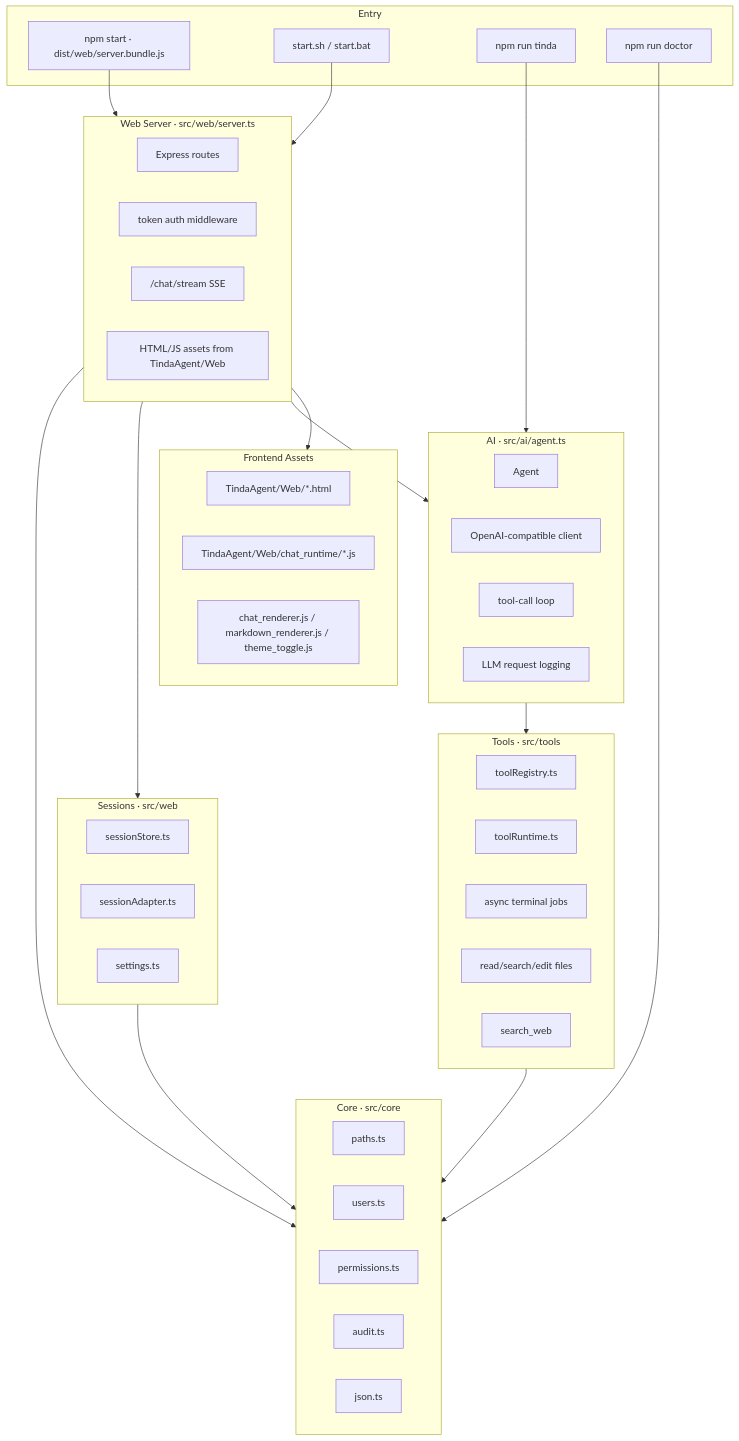
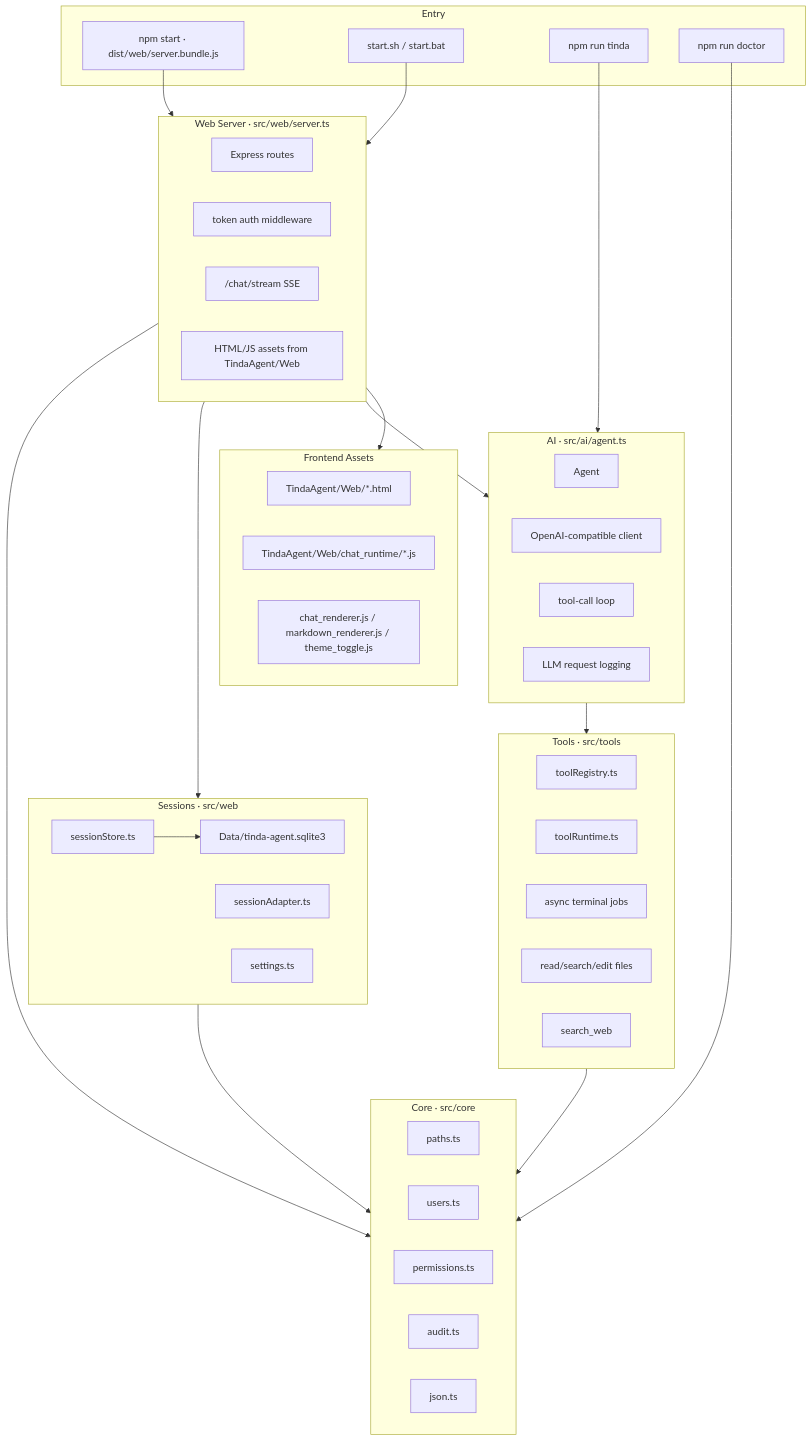
One commit to TindaMe/TindaAgent changed the diagram in release/source/TindaAgent/docs/architecture.md. Above: the diagram before and after it, drawn with Mermaid. The commit also changed other lines of this file and 22 other files, not shown here.

````diff
--- a/release/source/TindaAgent/docs/architecture.md
+++ b/release/source/TindaAgent/docs/architecture.md
@@ -8,63 +8,65 @@
 ```mermaid
 flowchart TB
     subgraph Entry[Entry]
         npm_start["npm start · dist/web/server.bundle.js"]
         start_sh["start.sh / start.bat"]
         cli["npm run tinda"]
         doctor["npm run doctor"]
     end
 
     subgraph Web[Web Server · src/web/server.ts]
         routes["Express routes"]
         auth["token auth middleware"]
         sse["/chat/stream SSE"]
         assets["HTML/JS assets from TindaAgent/Web"]
     end
 
     subgraph Core[Core · src/core]
         paths["paths.ts"]
         users["users.ts"]
         perms["permissions.ts"]
         audit["audit.ts"]
         json["json.ts"]
     end
 
     subgraph AI[AI · src/ai/agent.ts]
         agent["Agent"]
         llm["OpenAI-compatible client"]
         loop["tool-call loop"]
         log["LLM request logging"]
     end
 
     subgraph Tools[Tools · src/tools]
         registry["toolRegistry.ts"]
         runtime["toolRuntime.ts"]
         terminal["async terminal jobs"]
         files["read/search/edit files"]
         websearch["search_web"]
     end
 
     subgraph Sessions[Sessions · src/web]
         store["sessionStore.ts"]
+        sqlite["Data/tinda-agent.sqlite3"]
         adapter["sessionAdapter.ts"]
         settings["settings.ts"]
     end
 
     subgraph Frontend[Frontend Assets]
         html["TindaAgent/Web/*.html"]
         runtime_js["TindaAgent/Web/chat_runtime/*.js"]
         renderers["chat_renderer.js / markdown_renderer.js / theme_toggle.js"]
     end
 
     npm_start --> Web
     start_sh --> Web
     cli --> AI
     doctor --> Core
     Web --> Core
     Web --> Sessions
     Web --> AI
     AI --> Tools
     Tools --> Core
     Sessions --> Core
+    store --> sqlite
     Web --> Frontend
 ```
````
